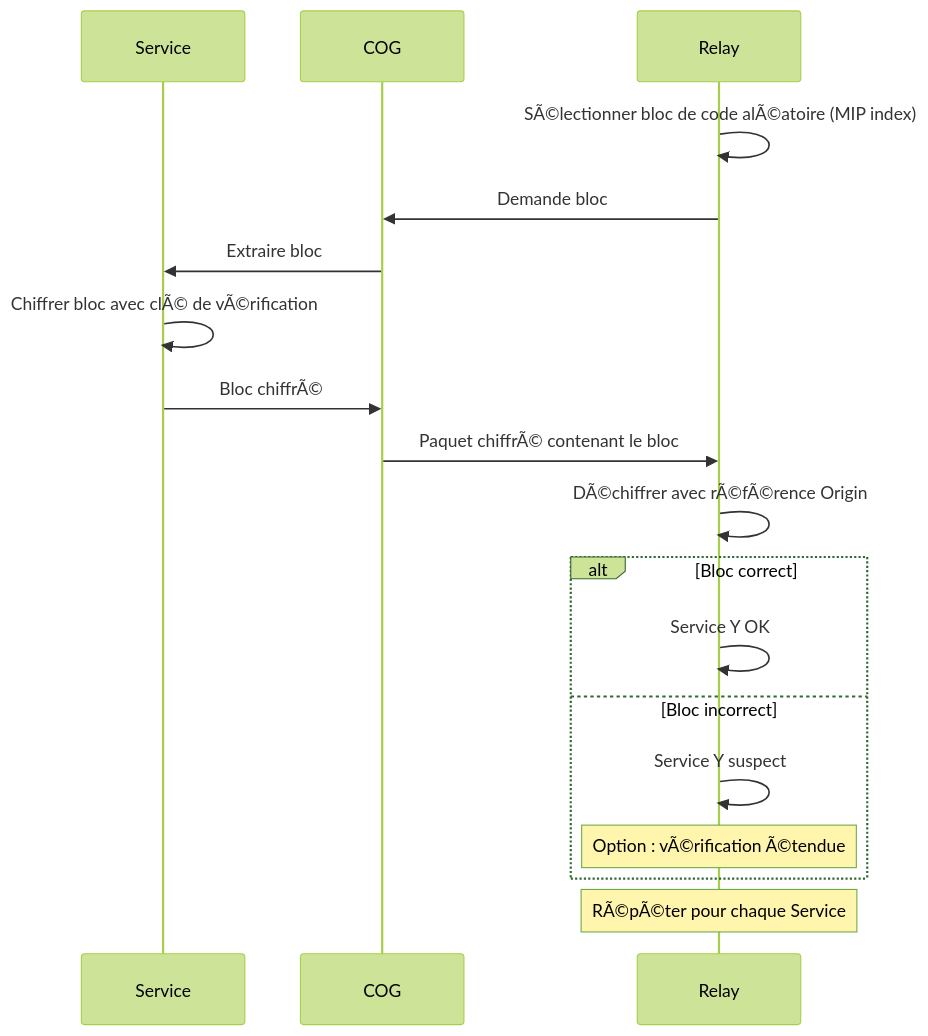
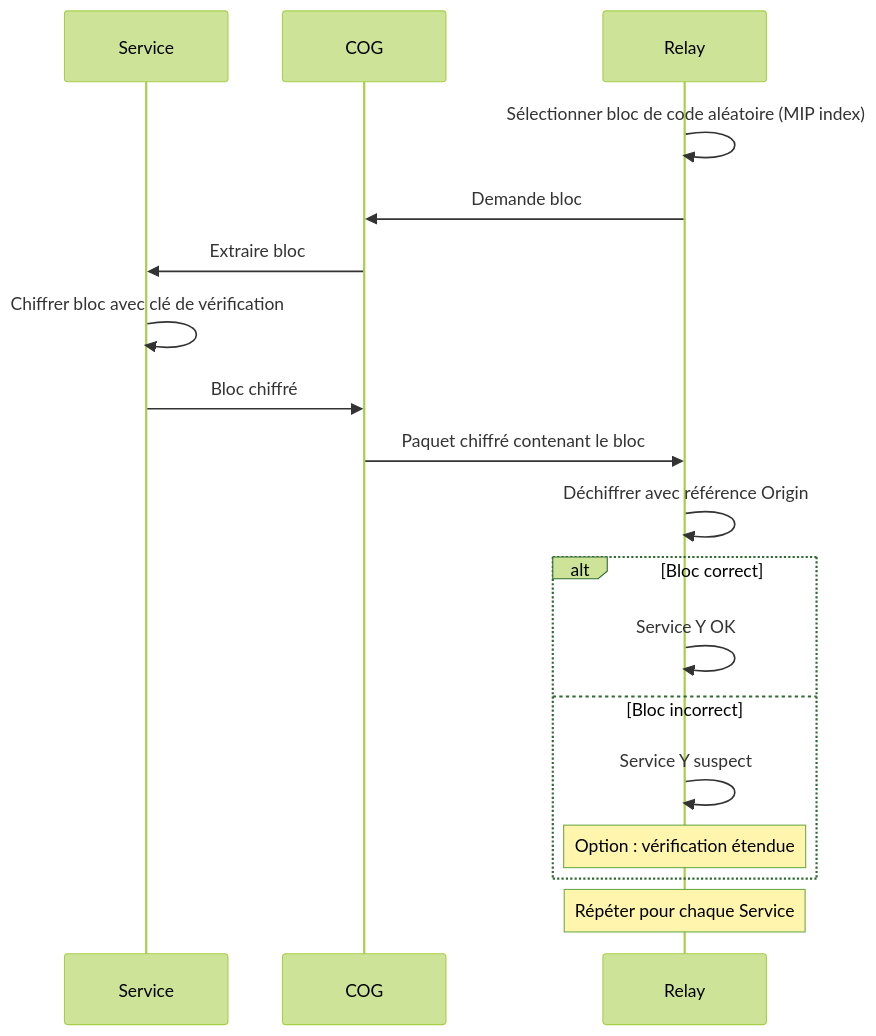
One commit to StudioMiyukini/miyukini_cog changed the third of 5 diagrams in docs/miyukini-webway-system/verification/MWS - Flux de Verification.md. Above: the diagram before and after it, drawn with Mermaid (forest theme). The commit also changed other lines of this file and 564 other files, not shown here.

````diff
--- a/docs/miyukini-webway-system/verification/MWS - Flux de Verification.md
+++ b/docs/miyukini-webway-system/verification/MWS - Flux de Verification.md
@@ -119,21 +119,21 @@
 ```mermaid
 sequenceDiagram
     participant S as Service
     participant COG as COG
     participant R as Relay
 
-    R->>R: SÃ©lectionner bloc de code alÃ©atoire (MIP index)
+    R->>R: Sélectionner bloc de code aléatoire (MIP index)
     R->>COG: Demande bloc #X du Service Y
     COG->>S: Extraire bloc #X
-    S->>S: Chiffrer bloc avec clÃ© de vÃ©rification
-    S->>COG: Bloc chiffrÃ©
-    COG->>R: Paquet chiffrÃ© contenant le bloc
-    R->>R: DÃ©chiffrer avec rÃ©fÃ©rence Origin
+    S->>S: Chiffrer bloc avec clé de vérification
+    S->>COG: Bloc chiffré
+    COG->>R: Paquet chiffré contenant le bloc
+    R->>R: Déchiffrer avec référence Origin
     alt Bloc correct
         R->>R: Service Y OK
     else Bloc incorrect
         R->>R: Service Y suspect
-        Note over R: Option : vÃ©rification Ã©tendue
+        Note over R: Option : vérification étendue
     end
-    Note over R: RÃ©pÃ©ter pour chaque Service
+    Note over R: Répéter pour chaque Service
 ```
````
